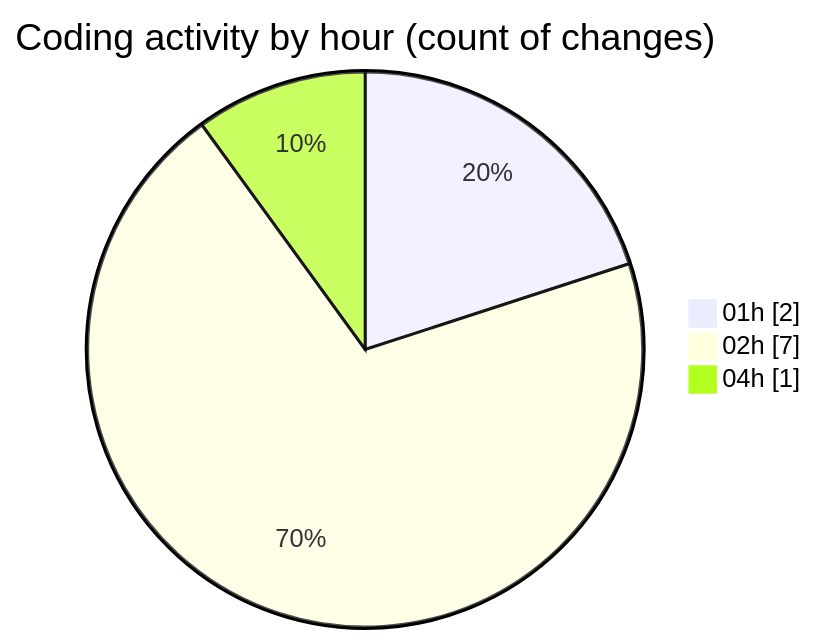
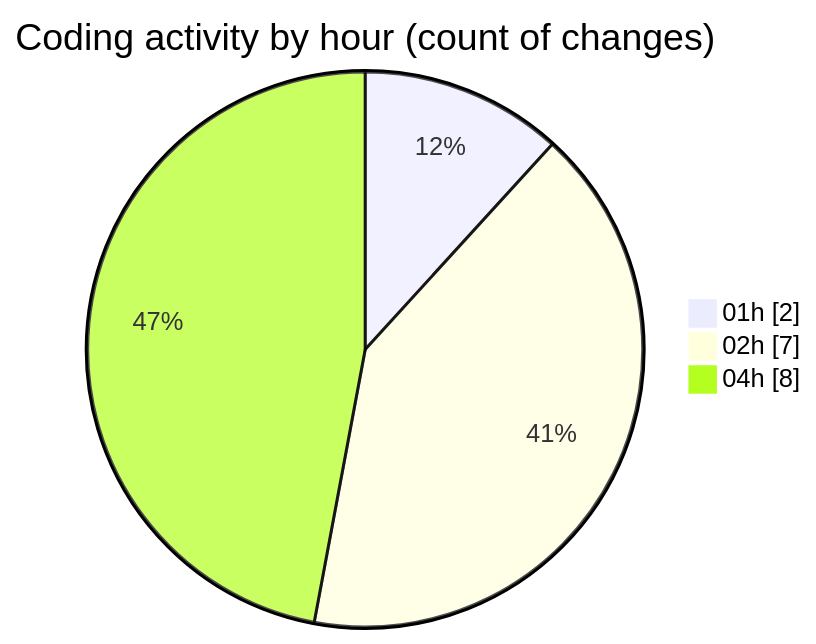
One commit to lephambinh05/code-tracking changed the second of 2 diagrams in 2025-08-11/rentotp/README.md. Above: the diagram before and after it, drawn with Mermaid. The commit also changed other lines of this file and 1 other file, not shown here.

````diff
--- a/2025-08-11/rentotp/README.md
+++ b/2025-08-11/rentotp/README.md
@@ -29,7 +29,7 @@
 ```mermaid
 pie showData
 title Coding activity by hour (count of changes)
 "01h" : 2
 "02h" : 7
-"04h" : 1
+"04h" : 8
 ```
````
